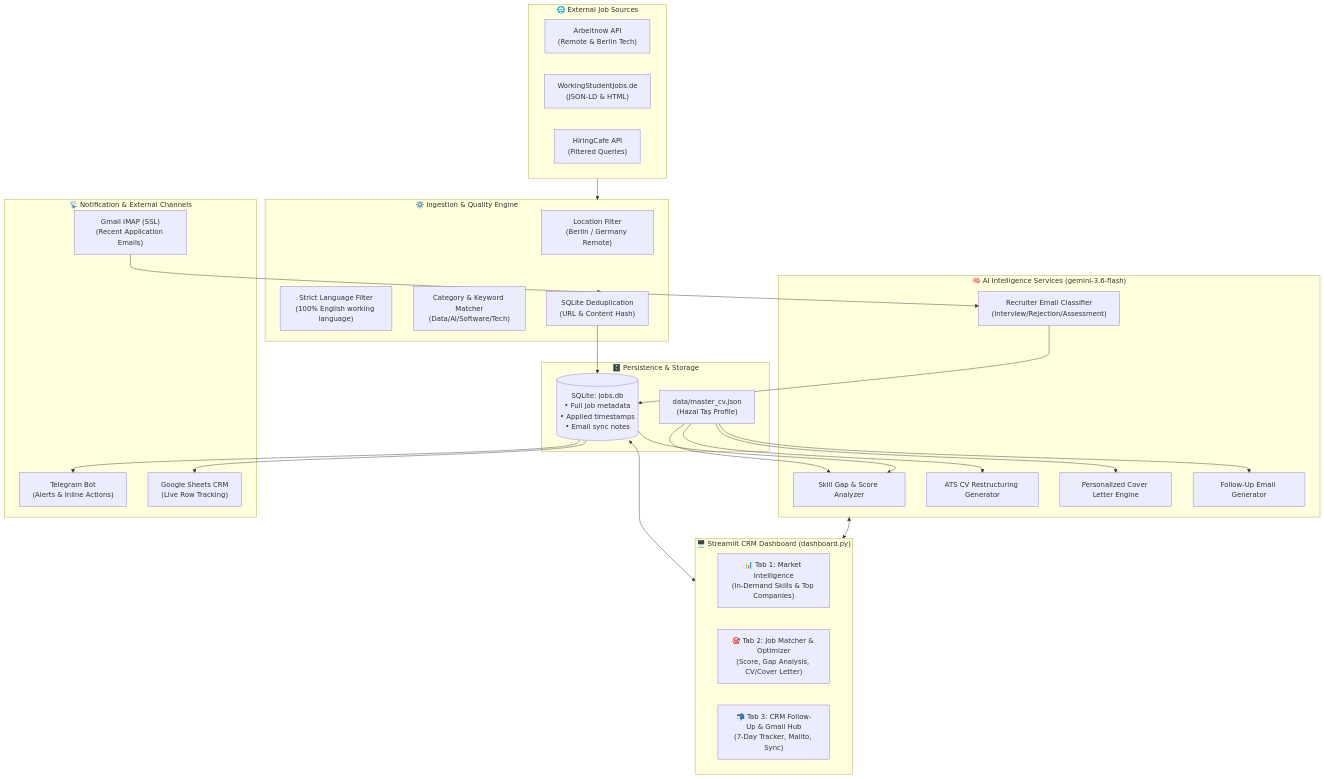
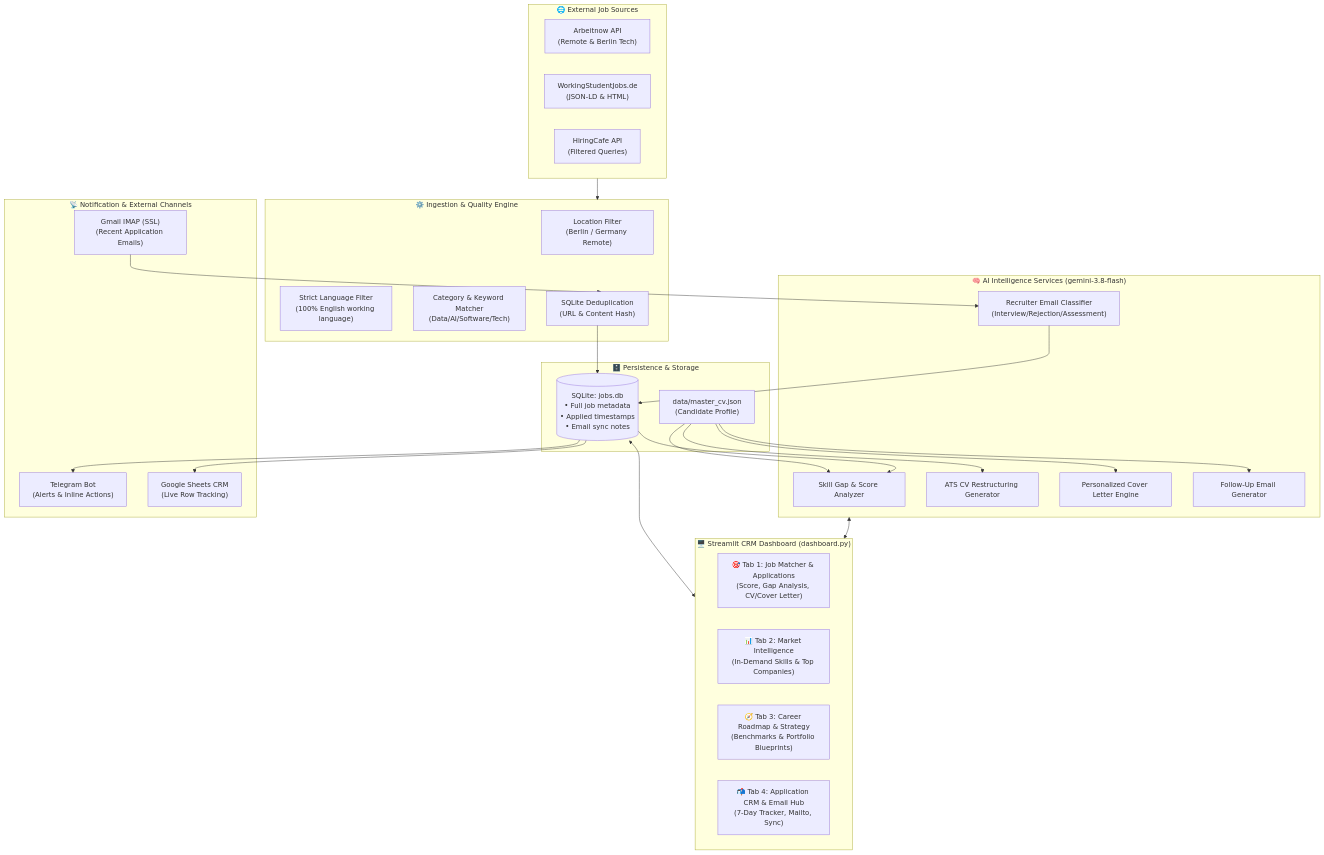
One commit to hazaltasss/job-search-crm changed the first of 2 diagrams in architecture.md. Above: the diagram before and after it, drawn with Mermaid. The commit also changed other lines of this file and 26 other files, not shown here.

````diff
--- a/architecture.md
+++ b/architecture.md
@@ -9,54 +9,55 @@
 ```mermaid
 graph TD
     subgraph Job_Sources["🌐 External Job Sources"]
         S1["Arbeitnow API<br/>(Remote & Berlin Tech)"]
         S2["WorkingStudentJobs.de<br/>(JSON-LD & HTML)"]
         S3["HiringCafe API<br/>(Filtered Queries)"]
     end
 
     subgraph Ingestion_Pipeline["⚙️ Ingestion & Quality Engine"]
         F1["Location Filter<br/>(Berlin / Germany Remote)"]
         F2["Strict Language Filter<br/>(100% English working language)"]
         F3["Category & Keyword Matcher<br/>(Data/AI/Software/Tech)"]
         DEDUP["SQLite Deduplication<br/>(URL & Content Hash)"]
     end
 
     subgraph Data_Layer["🗄️ Persistence & Storage"]
         DB[("SQLite: jobs.db<br/>• Full job metadata<br/>• Applied timestamps<br/>• Email sync notes")]
-        CV["data/master_cv.json<br/>(Hazal Taş Profile)"]
+        CV["data/master_cv.json<br/>(Candidate Profile)"]
     end
 
-    subgraph AI_Intelligence["🧠 AI Intelligence Services (gemini-3.6-flash)"]
+    subgraph AI_Intelligence["🧠 AI Intelligence Services (gemini-3.8-flash)"]
         AI1["Skill Gap & Score Analyzer"]
         AI2["ATS CV Restructuring Generator"]
         AI3["Personalized Cover Letter Engine"]
         AI4["Follow-Up Email Generator"]
         AI5["Recruiter Email Classifier<br/>(Interview/Rejection/Assessment)"]
     end
 
     subgraph Application_UI["🖥️ Streamlit CRM Dashboard (dashboard.py)"]
-        TAB1["📊 Tab 1: Market Intelligence<br/>(In-Demand Skills & Top Companies)"]
-        TAB2["🎯 Tab 2: Job Matcher & Optimizer<br/>(Score, Gap Analysis, CV/Cover Letter)"]
-        TAB3["📬 Tab 3: CRM Follow-Up & Gmail Hub<br/>(7-Day Tracker, Mailto, Sync)"]
+        TAB1["🎯 Tab 1: Job Matcher & Applications<br/>(Score, Gap Analysis, CV/Cover Letter)"]
+        TAB2["📊 Tab 2: Market Intelligence<br/>(In-Demand Skills & Top Companies)"]
+        TAB3["🧭 Tab 3: Career Roadmap & Strategy<br/>(Benchmarks & Portfolio Blueprints)"]
+        TAB4["📬 Tab 4: Application CRM & Email Hub<br/>(7-Day Tracker, Mailto, Sync)"]
     end
 
     subgraph Sync_Channels["📡 Notification & External Channels"]
         TG["Telegram Bot<br/>(Alerts & Inline Actions)"]
         GS["Google Sheets CRM<br/>(Live Row Tracking)"]
         GMAIL["Gmail IMAP (SSL)<br/>(Recent Application Emails)"]
     end
 
     Job_Sources --> Ingestion_Pipeline
     Ingestion_Pipeline --> DEDUP
     DEDUP --> DB
     DB <--> Application_UI
     CV --> AI1
     CV --> AI2
     CV --> AI3
     CV --> AI4
     DB --> AI1
     AI_Intelligence <--> Application_UI
     GMAIL --> AI5 --> DB
     DB --> TG
     DB --> GS
 ```
````
